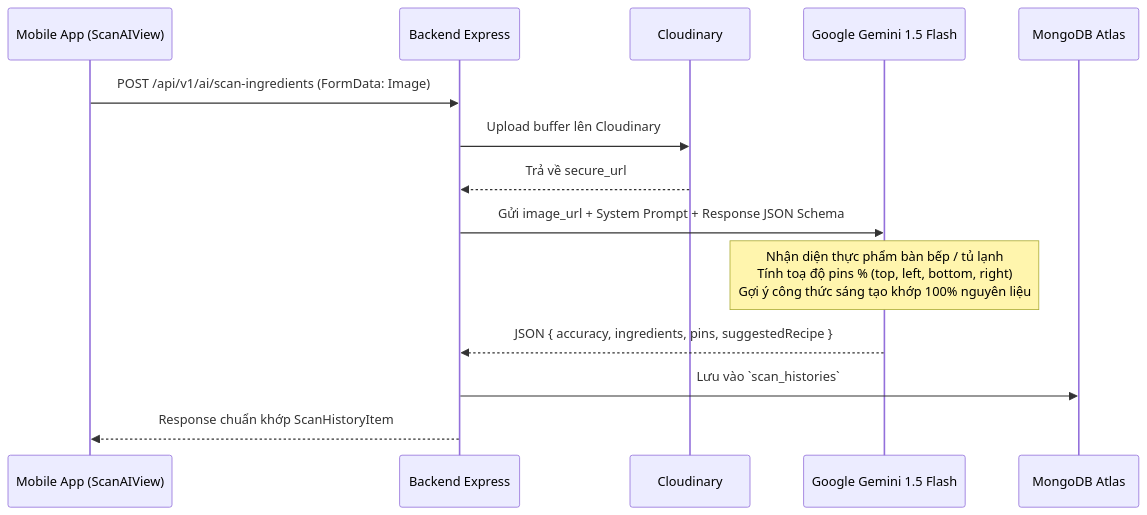
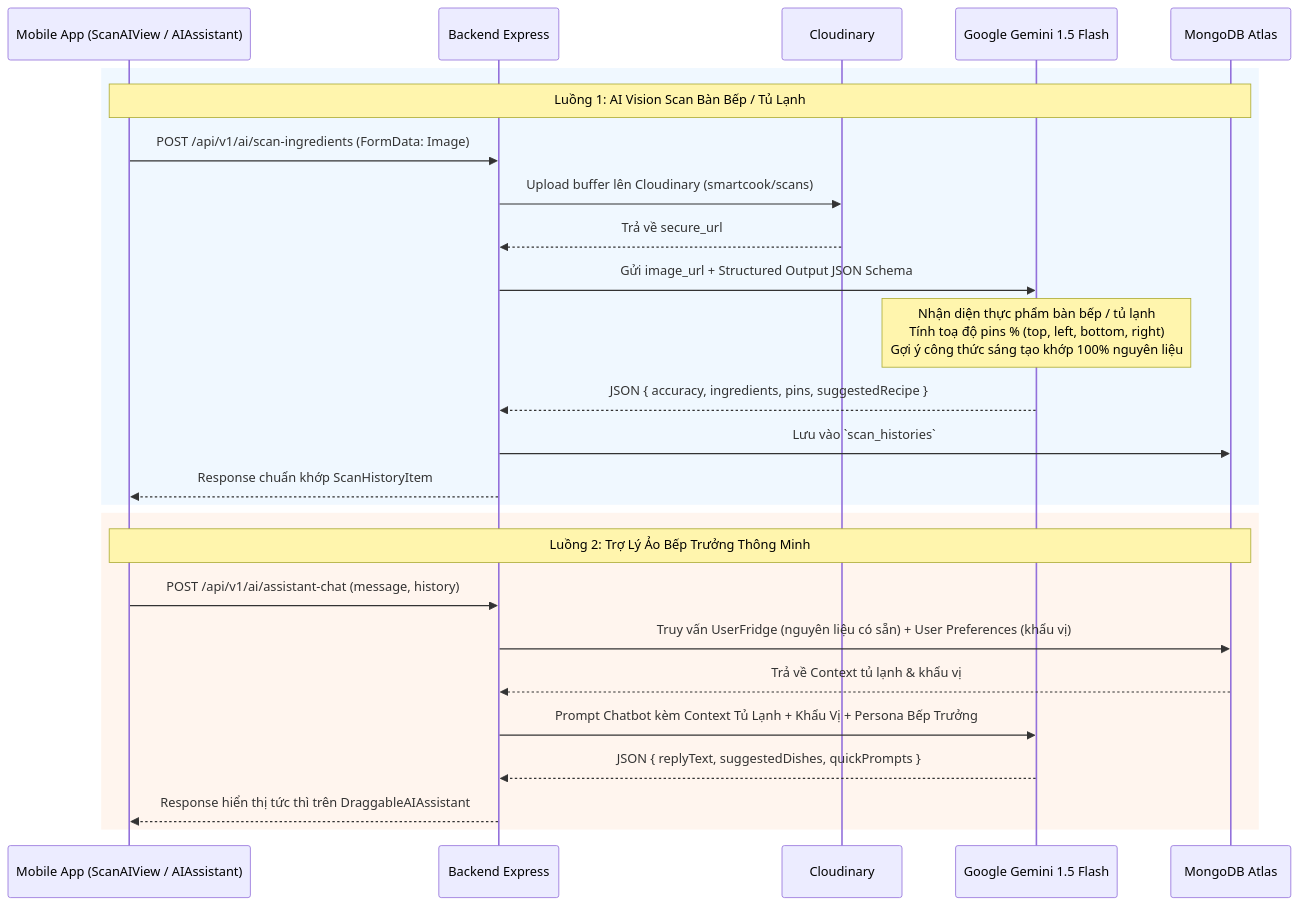
One commit to DevTurtle-Hub/smartcook-backend changed the second of 2 diagrams in IMPLEMENTATION_PLAN.md. Above: the diagram before and after it, drawn with Mermaid. The commit also changed other lines of this file, not shown here.

````diff
--- a/IMPLEMENTATION_PLAN.md
+++ b/IMPLEMENTATION_PLAN.md
@@ -343,17 +343,30 @@
 ```mermaid
 sequenceDiagram
-    participant Mobile as Mobile App (ScanAIView)
+    participant Mobile as Mobile App (ScanAIView / AIAssistant)
     participant BE as Backend Express
     participant CDN as Cloudinary
     participant Gemini as Google Gemini 1.5 Flash
     participant DB as MongoDB Atlas
 
+    rect rgb(240, 248, 255)
+    Note over Mobile,DB: Luồng 1: AI Vision Scan Bàn Bếp / Tủ Lạnh
     Mobile->>BE: POST /api/v1/ai/scan-ingredients (FormData: Image)
-    BE->>CDN: Upload buffer lên Cloudinary
+    BE->>CDN: Upload buffer lên Cloudinary (smartcook/scans)
     CDN-->>BE: Trả về secure_url
-    BE->>Gemini: Gửi image_url + System Prompt + Response JSON Schema
+    BE->>Gemini: Gửi image_url + Structured Output JSON Schema
     Note over Gemini: Nhận diện thực phẩm bàn bếp / tủ lạnh<br/>Tính toạ độ pins % (top, left, bottom, right)<br/>Gợi ý công thức sáng tạo khớp 100% nguyên liệu
     Gemini-->>BE: JSON { accuracy, ingredients, pins, suggestedRecipe }
     BE->>DB: Lưu vào `scan_histories`
     BE-->>Mobile: Response chuẩn khớp ScanHistoryItem
+    end
+
+    rect rgb(255, 245, 238)
+    Note over Mobile,DB: Luồng 2: Trợ Lý Ảo Bếp Trưởng Thông Minh
+    Mobile->>BE: POST /api/v1/ai/assistant-chat (message, history)
+    BE->>DB: Truy vấn UserFridge (nguyên liệu có sẵn) + User Preferences (khẩu vị)
+    DB-->>BE: Trả về Context tủ lạnh & khẩu vị
+    BE->>Gemini: Prompt Chatbot kèm Context Tủ Lạnh + Khẩu Vị + Persona Bếp Trưởng
+    Gemini-->>BE: JSON { replyText, suggestedDishes, quickPrompts }
+    BE-->>Mobile: Response hiển thị tức thì trên DraggableAIAssistant
+    end
 ```
````
